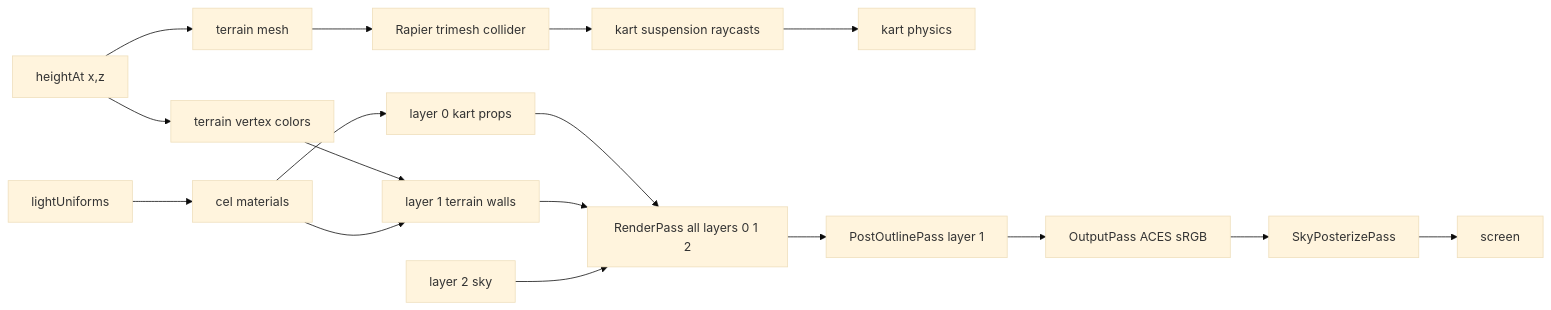
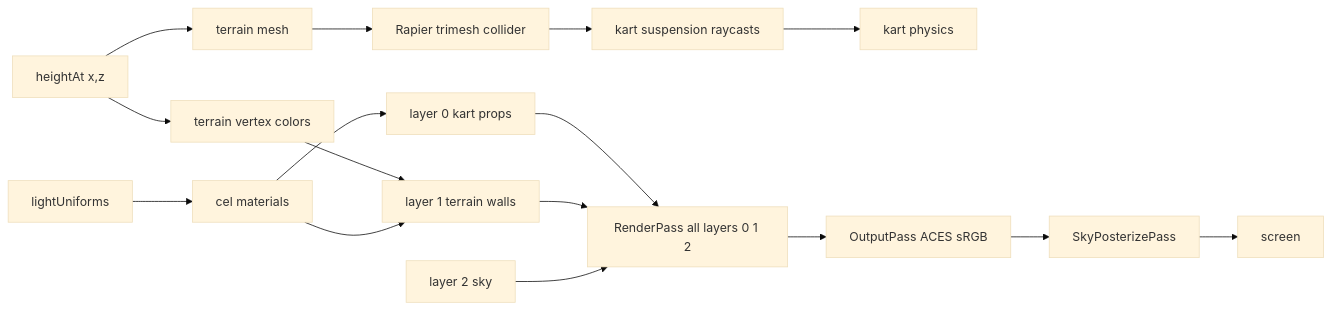
The diagram in docs/knowledge/data-flows/render-pipeline.md (jjgroenendijk/cart-game), drawn with Mermaid (base theme) before and after one commit. The commit also changed other lines of this file and 8 other files, not shown here.

First line of the commit message:
refactor(materials): retire terrain Sobel outline pass from composer

````diff
--- a/docs/knowledge/data-flows/render-pipeline.md
+++ b/docs/knowledge/data-flows/render-pipeline.md
@@ -11,19 +11,18 @@
 ```mermaid
 flowchart LR
   height[heightAt x,z] --> mesh[terrain mesh]
   height --> color[terrain vertex colors]
   mesh --> collider[Rapier trimesh collider]
   collider --> suspension[kart suspension raycasts]
   suspension --> kart[kart physics]
   color --> layer1[layer 1 terrain walls]
   light[lightUniforms] --> cel[cel materials]
   cel --> layer0[layer 0 kart props]
   cel --> layer1
   layer0 --> renderPass[RenderPass all layers 0 1 2]
   layer1 --> renderPass
   sky[layer 2 sky] --> renderPass
-  renderPass --> outline[PostOutlinePass layer 1]
-  outline --> output[OutputPass ACES sRGB]
+  renderPass --> output[OutputPass ACES sRGB]
   output --> posterize[SkyPosterizePass]
   posterize --> screen[screen]
 ```
````
